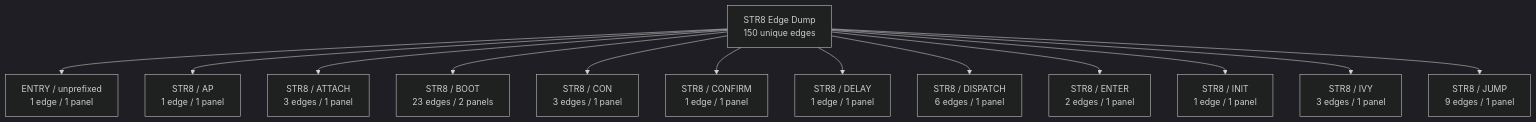
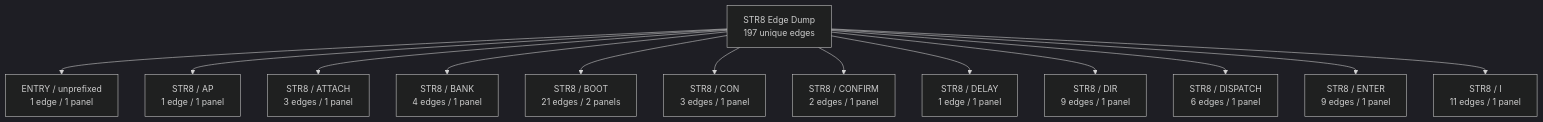
One commit to 95westus/R-YORS changed the first of 41 diagrams in DOC/GUIDES/STR8/STR8_EDGE_DUMP.md. Above: the diagram before and after it, drawn with Mermaid (dark theme). The commit also changed other lines of this file and 40 other files, not shown here.

First line of the commit message:
STR8: publish bank selector and advance V1 installer

````diff
--- a/DOC/GUIDES/STR8/STR8_EDGE_DUMP.md
+++ b/DOC/GUIDES/STR8/STR8_EDGE_DUMP.md
@@ -26,15 +26,15 @@
 ```mermaid
 flowchart TD
-    EDGE_ATLAS_ROOT_0["STR8 Edge Dump<br/>150 unique edges"] --> EDGE_FAMILY_0_0["ENTRY / unprefixed<br/>1 edge / 1 panel"]
-    EDGE_ATLAS_ROOT_0["STR8 Edge Dump<br/>150 unique edges"] --> EDGE_FAMILY_0_1["STR8 / AP<br/>1 edge / 1 panel"]
-    EDGE_ATLAS_ROOT_0["STR8 Edge Dump<br/>150 unique edges"] --> EDGE_FAMILY_0_2["STR8 / ATTACH<br/>3 edges / 1 panel"]
-    EDGE_ATLAS_ROOT_0["STR8 Edge Dump<br/>150 unique edges"] --> EDGE_FAMILY_0_3["STR8 / BOOT<br/>23 edges / 2 panels"]
-    EDGE_ATLAS_ROOT_0["STR8 Edge Dump<br/>150 unique edges"] --> EDGE_FAMILY_0_4["STR8 / CON<br/>3 edges / 1 panel"]
-    EDGE_ATLAS_ROOT_0["STR8 Edge Dump<br/>150 unique edges"] --> EDGE_FAMILY_0_5["STR8 / CONFIRM<br/>1 edge / 1 panel"]
-    EDGE_ATLAS_ROOT_0["STR8 Edge Dump<br/>150 unique edges"] --> EDGE_FAMILY_0_6["STR8 / DELAY<br/>1 edge / 1 panel"]
-    EDGE_ATLAS_ROOT_0["STR8 Edge Dump<br/>150 unique edges"] --> EDGE_FAMILY_0_7["STR8 / DISPATCH<br/>6 edges / 1 panel"]
-    EDGE_ATLAS_ROOT_0["STR8 Edge Dump<br/>150 unique edges"] --> EDGE_FAMILY_0_8["STR8 / ENTER<br/>2 edges / 1 panel"]
-    EDGE_ATLAS_ROOT_0["STR8 Edge Dump<br/>150 unique edges"] --> EDGE_FAMILY_0_9["STR8 / INIT<br/>1 edge / 1 panel"]
-    EDGE_ATLAS_ROOT_0["STR8 Edge Dump<br/>150 unique edges"] --> EDGE_FAMILY_0_10["STR8 / IVY<br/>3 edges / 1 panel"]
-    EDGE_ATLAS_ROOT_0["STR8 Edge Dump<br/>150 unique edges"] --> EDGE_FAMILY_0_11["STR8 / JUMP<br/>9 edges / 1 panel"]
+    EDGE_ATLAS_ROOT_0["STR8 Edge Dump<br/>197 unique edges"] --> EDGE_FAMILY_0_0["ENTRY / unprefixed<br/>1 edge / 1 panel"]
+    EDGE_ATLAS_ROOT_0["STR8 Edge Dump<br/>197 unique edges"] --> EDGE_FAMILY_0_1["STR8 / AP<br/>1 edge / 1 panel"]
+    EDGE_ATLAS_ROOT_0["STR8 Edge Dump<br/>197 unique edges"] --> EDGE_FAMILY_0_2["STR8 / ATTACH<br/>3 edges / 1 panel"]
+    EDGE_ATLAS_ROOT_0["STR8 Edge Dump<br/>197 unique edges"] --> EDGE_FAMILY_0_3["STR8 / BANK<br/>4 edges / 1 panel"]
+    EDGE_ATLAS_ROOT_0["STR8 Edge Dump<br/>197 unique edges"] --> EDGE_FAMILY_0_4["STR8 / BOOT<br/>21 edges / 2 panels"]
+    EDGE_ATLAS_ROOT_0["STR8 Edge Dump<br/>197 unique edges"] --> EDGE_FAMILY_0_5["STR8 / CON<br/>3 edges / 1 panel"]
+    EDGE_ATLAS_ROOT_0["STR8 Edge Dump<br/>197 unique edges"] --> EDGE_FAMILY_0_6["STR8 / CONFIRM<br/>2 edges / 1 panel"]
+    EDGE_ATLAS_ROOT_0["STR8 Edge Dump<br/>197 unique edges"] --> EDGE_FAMILY_0_7["STR8 / DELAY<br/>1 edge / 1 panel"]
+    EDGE_ATLAS_ROOT_0["STR8 Edge Dump<br/>197 unique edges"] --> EDGE_FAMILY_0_8["STR8 / DIR<br/>9 edges / 1 panel"]
+    EDGE_ATLAS_ROOT_0["STR8 Edge Dump<br/>197 unique edges"] --> EDGE_FAMILY_0_9["STR8 / DISPATCH<br/>6 edges / 1 panel"]
+    EDGE_ATLAS_ROOT_0["STR8 Edge Dump<br/>197 unique edges"] --> EDGE_FAMILY_0_10["STR8 / ENTER<br/>9 edges / 1 panel"]
+    EDGE_ATLAS_ROOT_0["STR8 Edge Dump<br/>197 unique edges"] --> EDGE_FAMILY_0_11["STR8 / I<br/>11 edges / 1 panel"]
 ```
````
